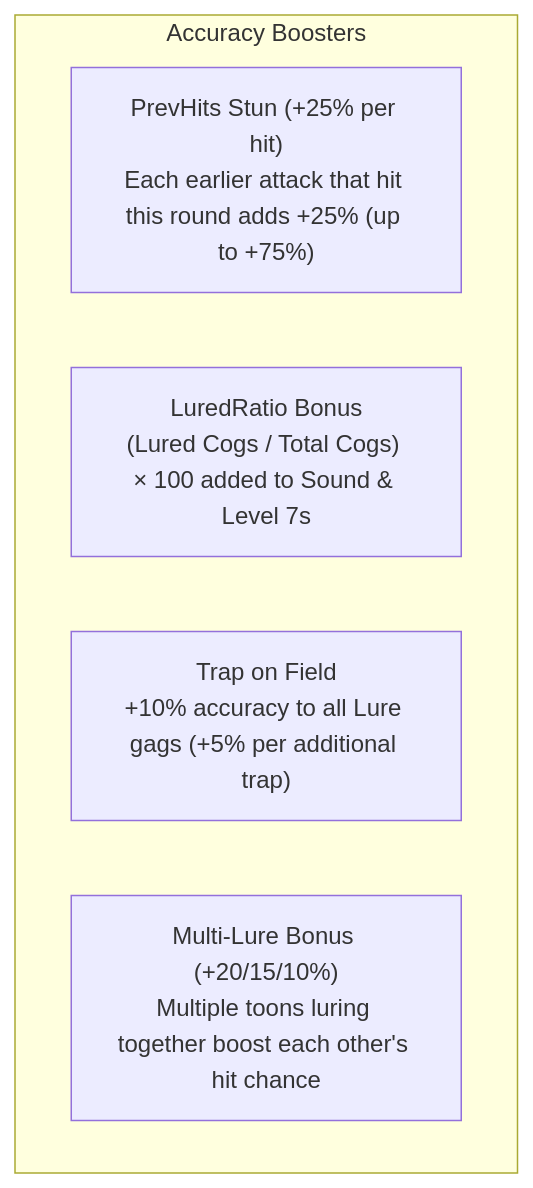
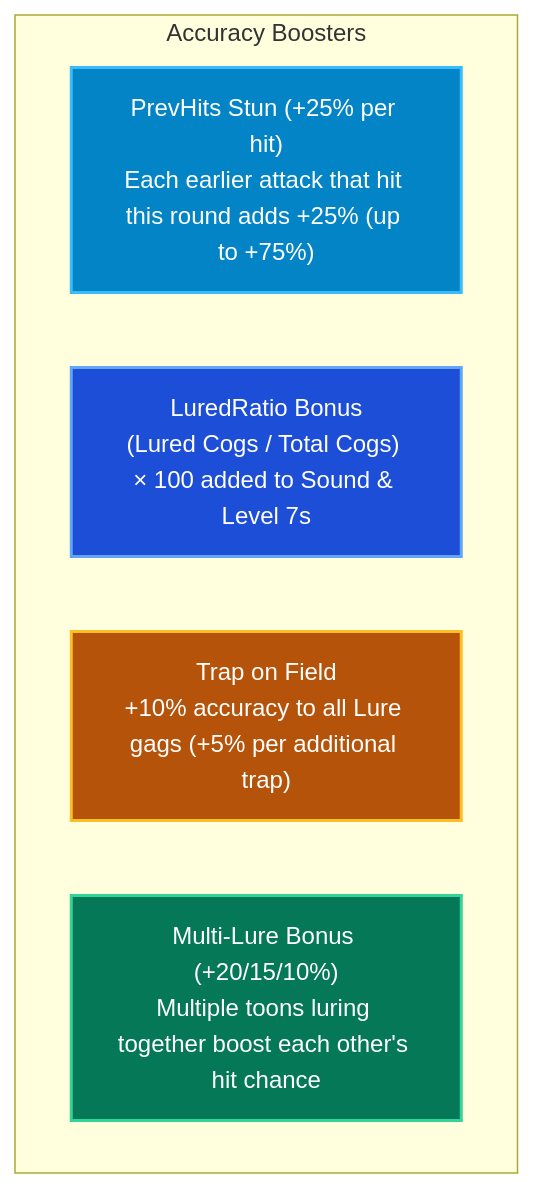
The second of 4 diagrams in docs/mechanics-notes.md (Angle-Brackets/TTRSolver), drawn with Mermaid before and after one commit. The commit also changed other lines of this file and 9 other files, not shown here.

Commit message:
docs: color-code all Mermaid diagrams with distinct visual themes

````diff
--- a/docs/mechanics-notes.md
+++ b/docs/mechanics-notes.md
@@ -137,9 +155,19 @@
 ```mermaid
 flowchart TD
+    classDef stunNode fill:#0284c7,stroke:#38bdf8,stroke-width:2px,color:#ffffff
+    classDef lureRNode fill:#1d4ed8,stroke:#60a5fa,stroke-width:2px,color:#ffffff
+    classDef trapBNode fill:#b45309,stroke:#fbbf24,stroke-width:2px,color:#ffffff
+    classDef multiNode fill:#047857,stroke:#34d399,stroke-width:2px,color:#ffffff
+
     subgraph StunBonuses["Accuracy Boosters"]
         Prev["PrevHits Stun (+25% per hit)<br/>Each earlier attack that hit this round adds +25% (up to +75%)"]
         LuredR["LuredRatio Bonus<br/>(Lured Cogs / Total Cogs) × 100 added to Sound & Level 7s"]
         TrapBonus["Trap on Field<br/>+10% accuracy to all Lure gags (+5% per additional trap)"]
         MultiLure["Multi-Lure Bonus (+20/15/10%)<br/>Multiple toons luring together boost each other's hit chance"]
     end
+
+    class Prev stunNode
+    class LuredR lureRNode
+    class TrapBonus trapBNode
+    class MultiLure multiNode
 ```
````
